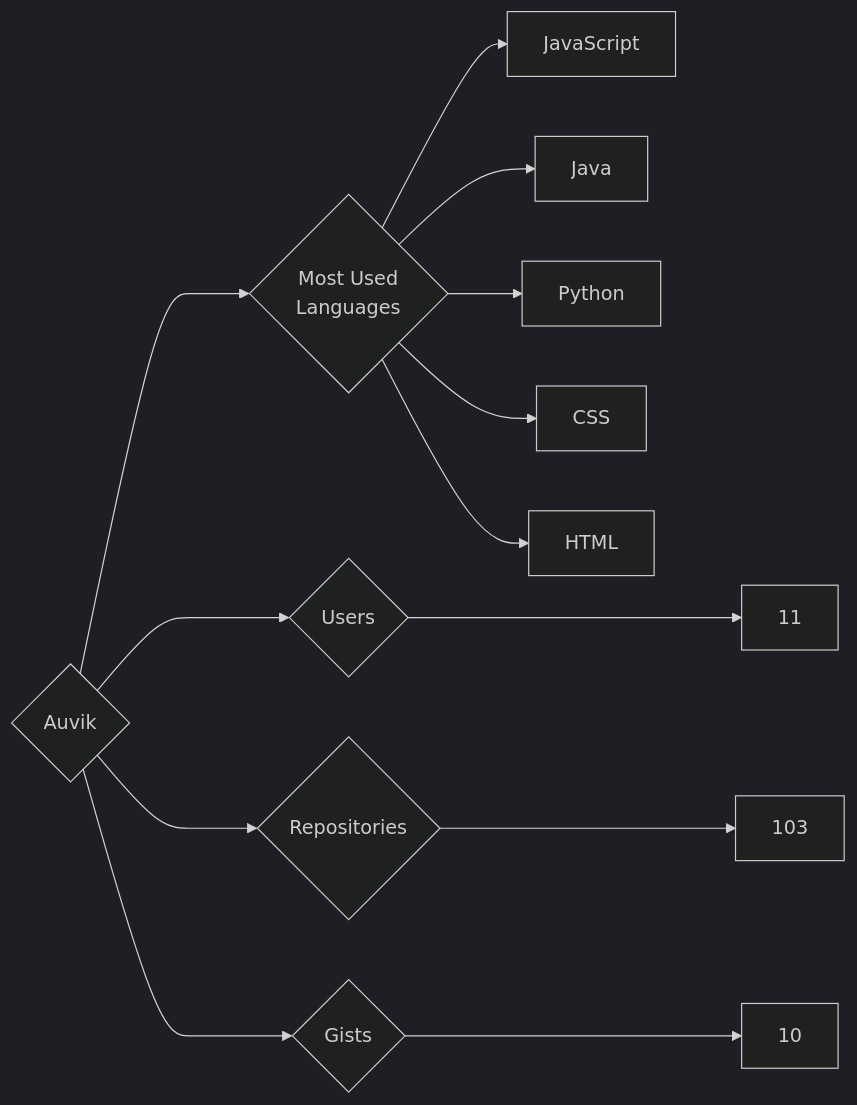
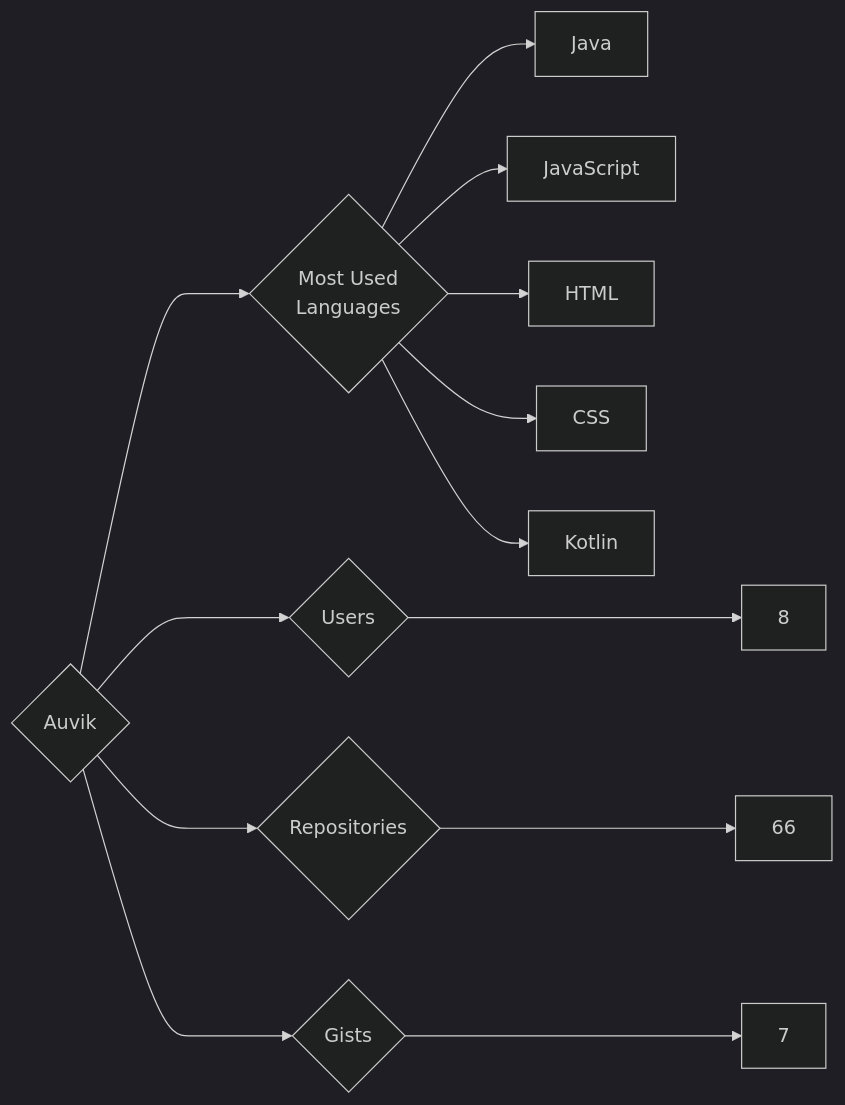
One commit to trickest/insiders changed the diagram in targets/Auvik/README.md. Above: the diagram before and after it, drawn with Mermaid (dark theme). The commit also changed 715 other files, not shown here.

````diff
--- a/targets/Auvik/README.md
+++ b/targets/Auvik/README.md
@@ -3,13 +3,13 @@
 ```mermaid
 graph LR
 COMPANY_NAME{Auvik}
-COMPANY_NAME ---> U{Users} ---> UN[11]
-COMPANY_NAME ---> R{Repositories} ---> RN[103]
-COMPANY_NAME ---> G{Gists} ---> GN[10]
+COMPANY_NAME ---> U{Users} ---> UN[8]
+COMPANY_NAME ---> R{Repositories} ---> RN[66]
+COMPANY_NAME ---> G{Gists} ---> GN[7]
 COMPANY_NAME ---> ML{Most Used<br>Languages}
+ML --> Java[Java]
 ML --> JavaScript[JavaScript]
-ML --> Java[Java]
-ML --> Python[Python]
+ML --> HTML[HTML]
 ML --> CSS[CSS]
-ML --> HTML[HTML]
+ML --> Kotlin[Kotlin]
 ```
````
